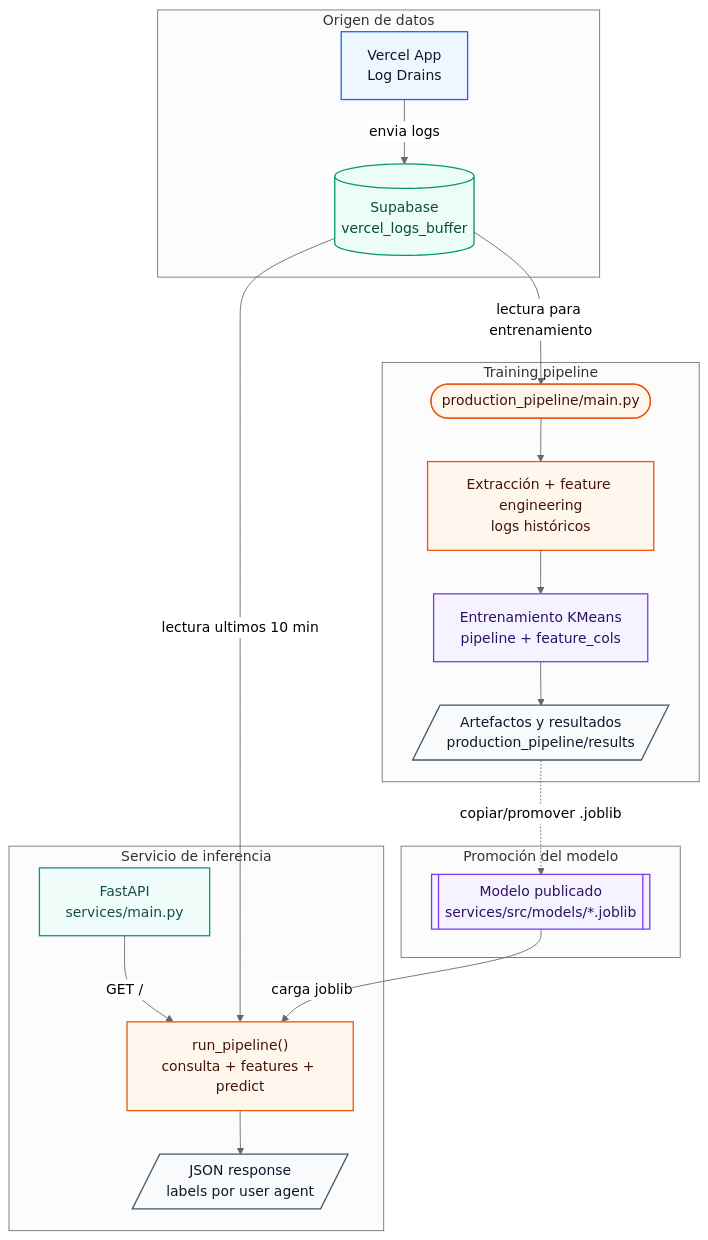
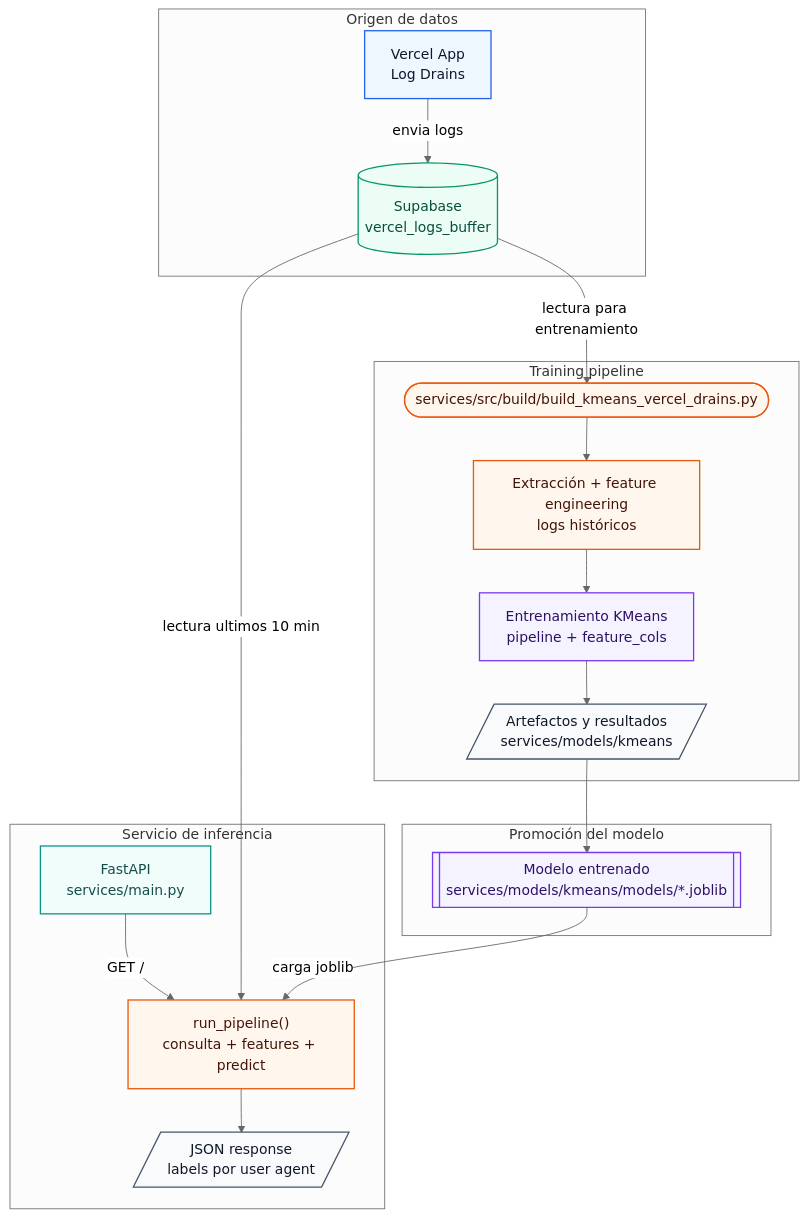
One commit to Groltjor/LogHound changed the diagram in README.MD. Above: the diagram before and after it, drawn with Mermaid (neutral theme). The commit also changed other lines of this file and 2 other files, not shown here.

````diff
--- a/README.MD
+++ b/README.MD
@@ -39,50 +89,50 @@
 ```mermaid
 flowchart TB
     subgraph origen["Origen de datos"]
         vercel["Vercel App<br/>Log Drains"]
         supabase[("Supabase<br/>vercel_logs_buffer")]
     end
 
     subgraph training["Training pipeline"]
-        trainBatch(["production_pipeline/main.py"])
+        trainBatch(["services/src/build/build_kmeans_vercel_drains.py"])
         trainEtl["Extracción + feature engineering<br/>logs históricos"]
         trainModel["Entrenamiento KMeans<br/>pipeline + feature_cols"]
-        trainArtifacts[/"Artefactos y resultados<br/>production_pipeline/results"/]
+        trainArtifacts[/"Artefactos y resultados<br/>services/models/kmeans"/]
     end
 
     subgraph release["Promoción del modelo"]
-        promotedModel[["Modelo publicado<br/>services/src/models/*.joblib"]]
+        promotedModel[["Modelo entrenado<br/>services/models/kmeans/models/*.joblib"]]
     end
 
     subgraph api["Servicio de inferencia"]
         fastapi["FastAPI<br/>services/main.py"]
         servicePipeline["run_pipeline()<br/>consulta + features + predict"]
         response[/"JSON response<br/>labels por user agent"/]
     end
 
     vercel -->|"envia logs"| supabase
     supabase -->|"lectura para entrenamiento"| trainBatch
     trainBatch --> trainEtl
     trainEtl --> trainModel
     trainModel --> trainArtifacts
-    trainArtifacts -.->|"copiar/promover .joblib"| promotedModel
+    trainArtifacts --> promotedModel
 
     fastapi -->|"GET /"| servicePipeline
     supabase -->|"lectura ultimos 10 min"| servicePipeline
     promotedModel -->|"carga joblib"| servicePipeline
     servicePipeline --> response
 
     classDef source fill:#eef6ff,stroke:#2563eb,stroke-width:1.5px,color:#0f172a;
     classDef database fill:#ecfdf5,stroke:#059669,stroke-width:1.5px,color:#064e3b;
     classDef pipeline fill:#fff7ed,stroke:#ea580c,stroke-width:1.5px,color:#431407;
     classDef ml fill:#f5f3ff,stroke:#7c3aed,stroke-width:1.5px,color:#2e1065;
     classDef service fill:#f0fdfa,stroke:#0d9488,stroke-width:1.5px,color:#134e4a;
     classDef output fill:#f8fafc,stroke:#475569,stroke-width:1.5px,color:#0f172a;
 
     class vercel source;
     class supabase database;
     class trainBatch,trainEtl,servicePipeline pipeline;
     class trainModel,promotedModel ml;
     class fastapi service;
     class trainArtifacts,response output;
 ```
````
